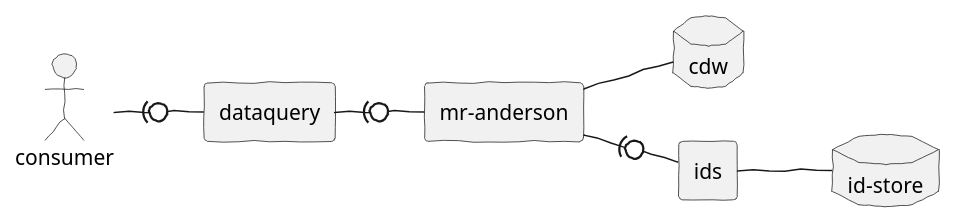
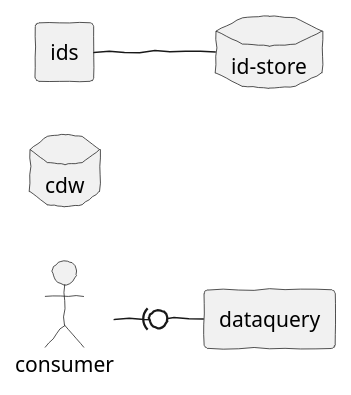
Before and after one commit to department-of-veterans-affairs/health-apis: the diagram in src/plantuml/apps.puml, drawn with PlantUML. The commit also changed 15 other files, not shown here.

```diff
--- a/src/plantuml/apps.puml
+++ b/src/plantuml/apps.puml
@@ -1,20 +1,16 @@
 @startuml
 
 skinparam handwritten true
 skinparam monochrome true
 left to right direction
 
 actor consumer
 database "cdw"
 database "id-store" as iddb
 rectangle "dataquery"
 rectangle "ids"
-rectangle "mr-anderson" as mra
 
 consumer -(0- dataquery
-dataquery -(0- mra
-mra -- cdw
-mra -(0- ids
 ids -- iddb
 
 @enduml
```
